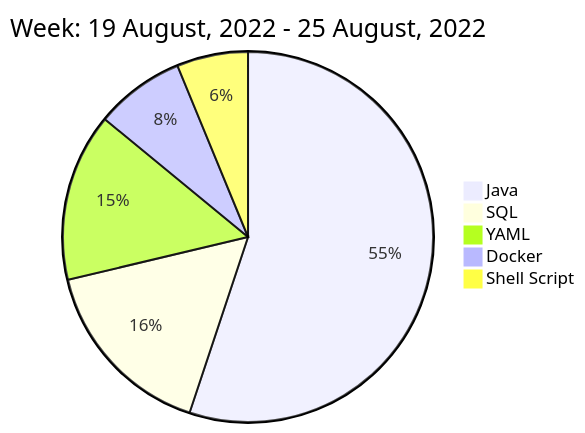
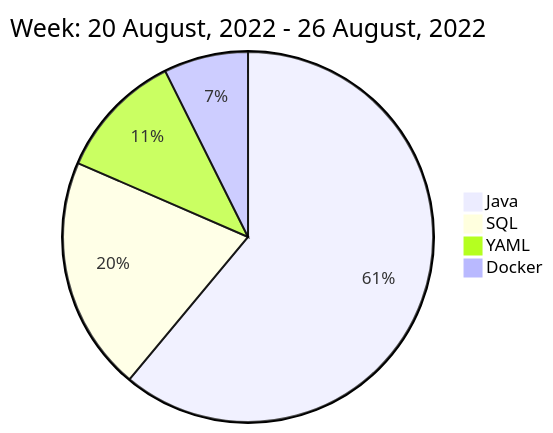
The diagram in README.md (liubin95/liubin95), drawn with Mermaid before and after one commit.

Commit message:
Updated the Graph with new Metrics

````diff
--- a/README.md
+++ b/README.md
@@ -40,9 +40,8 @@
 ```mermaid
  pie
-title Week: 19 August, 2022 - 25 August, 2022
- "Java" : 6.2
- "SQL" : 1.82
- "YAML" : 1.65
- "Docker" : 0.88
- "Shell Script" : 0.7
+title Week: 20 August, 2022 - 26 August, 2022
+ "Java" : 5.22
+ "SQL" : 1.75
+ "YAML" : 0.95
+ "Docker" : 0.63
 ```
````
